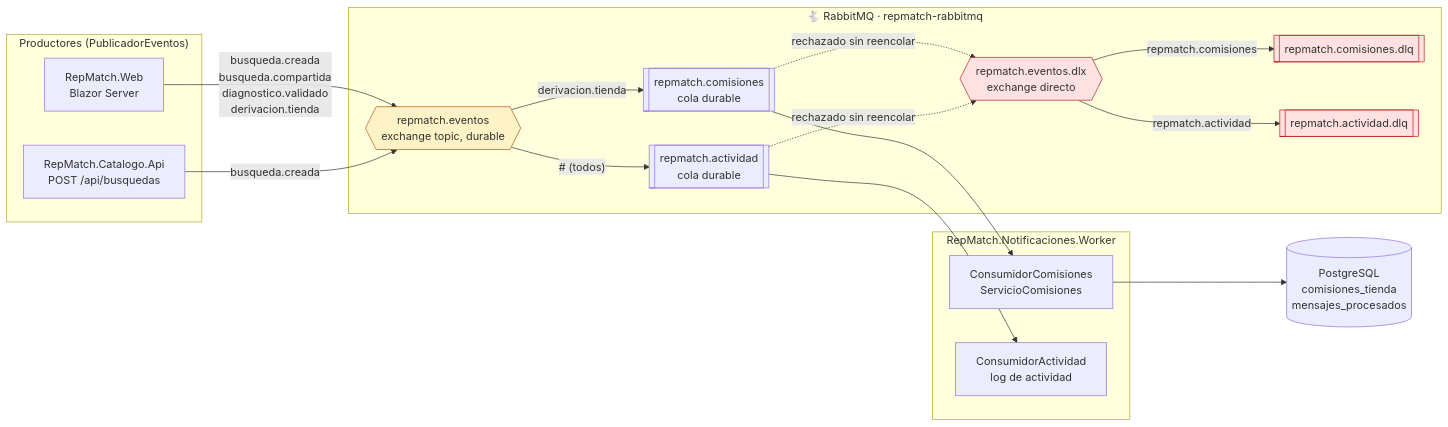
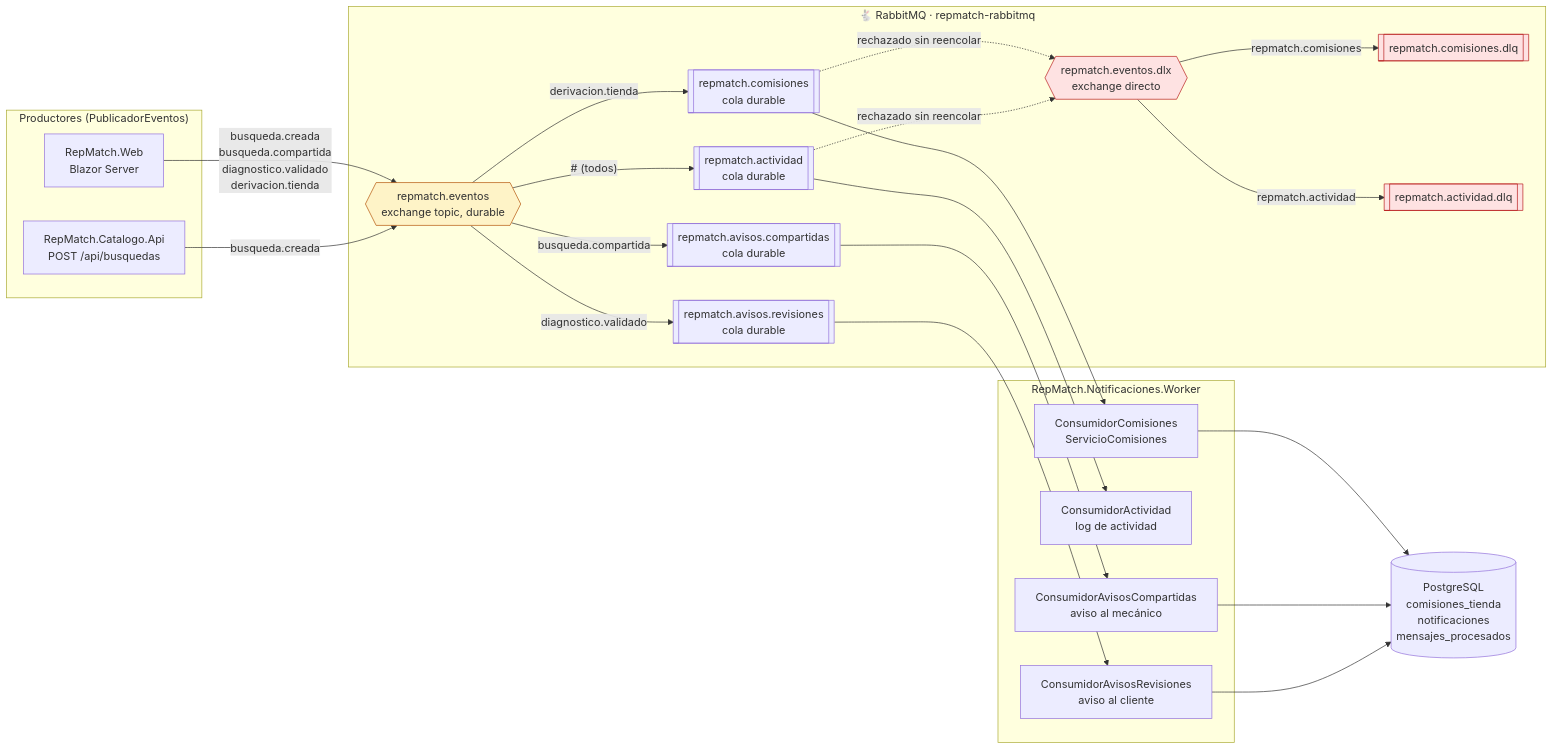
Before and after one commit to lfb-00/tp-apps-2: the diagram in docs/diagramas/mensajes.md, drawn with Mermaid. The commit also changed other lines of this file and 10 other files, not shown here.

````diff
--- a/docs/diagramas/mensajes.md
+++ b/docs/diagramas/mensajes.md
@@ -10,40 +10,50 @@
 ```mermaid
 flowchart LR
     subgraph productores["Productores (PublicadorEventos)"]
         W["RepMatch.Web<br/>Blazor Server"]
         A["RepMatch.Catalogo.Api<br/>POST /api/busquedas"]
     end
 
     subgraph broker["🐇 RabbitMQ · repmatch-rabbitmq"]
         EX{{"repmatch.eventos<br/>exchange topic, durable"}}
         Q1[["repmatch.comisiones<br/>cola durable"]]
         Q2[["repmatch.actividad<br/>cola durable"]]
+        Q3[["repmatch.avisos.compartidas<br/>cola durable"]]
+        Q4[["repmatch.avisos.revisiones<br/>cola durable"]]
         DLX{{"repmatch.eventos.dlx<br/>exchange directo"}}
         D1[["repmatch.comisiones.dlq"]]
         D2[["repmatch.actividad.dlq"]]
     end
 
     subgraph worker["RepMatch.Notificaciones.Worker"]
         C1["ConsumidorComisiones<br/>ServicioComisiones"]
         C2["ConsumidorActividad<br/>log de actividad"]
+        C3["ConsumidorAvisosCompartidas<br/>aviso al mecánico"]
+        C4["ConsumidorAvisosRevisiones<br/>aviso al cliente"]
     end
 
-    BD[("PostgreSQL<br/>comisiones_tienda<br/>mensajes_procesados")]
+    BD[("PostgreSQL<br/>comisiones_tienda<br/>notificaciones<br/>mensajes_procesados")]
 
     W -- "busqueda.creada<br/>busqueda.compartida<br/>diagnostico.validado<br/>derivacion.tienda" --> EX
     A -- "busqueda.creada" --> EX
     EX -- "derivacion.tienda" --> Q1
     EX -- "# (todos)" --> Q2
+    EX -- "busqueda.compartida" --> Q3
+    EX -- "diagnostico.validado" --> Q4
     Q1 --> C1
     Q2 --> C2
+    Q3 --> C3
+    Q4 --> C4
     C1 --> BD
+    C3 --> BD
+    C4 --> BD
     Q1 -. "rechazado sin reencolar" .-> DLX
     Q2 -. "rechazado sin reencolar" .-> DLX
     DLX -- "repmatch.comisiones" --> D1
     DLX -- "repmatch.actividad" --> D2
 
     style EX fill:#fef3c7,stroke:#b45309
     style DLX fill:#fee2e2,stroke:#b91c1c
     style D1 fill:#fee2e2,stroke:#b91c1c
     style D2 fill:#fee2e2,stroke:#b91c1c
 ```
````
